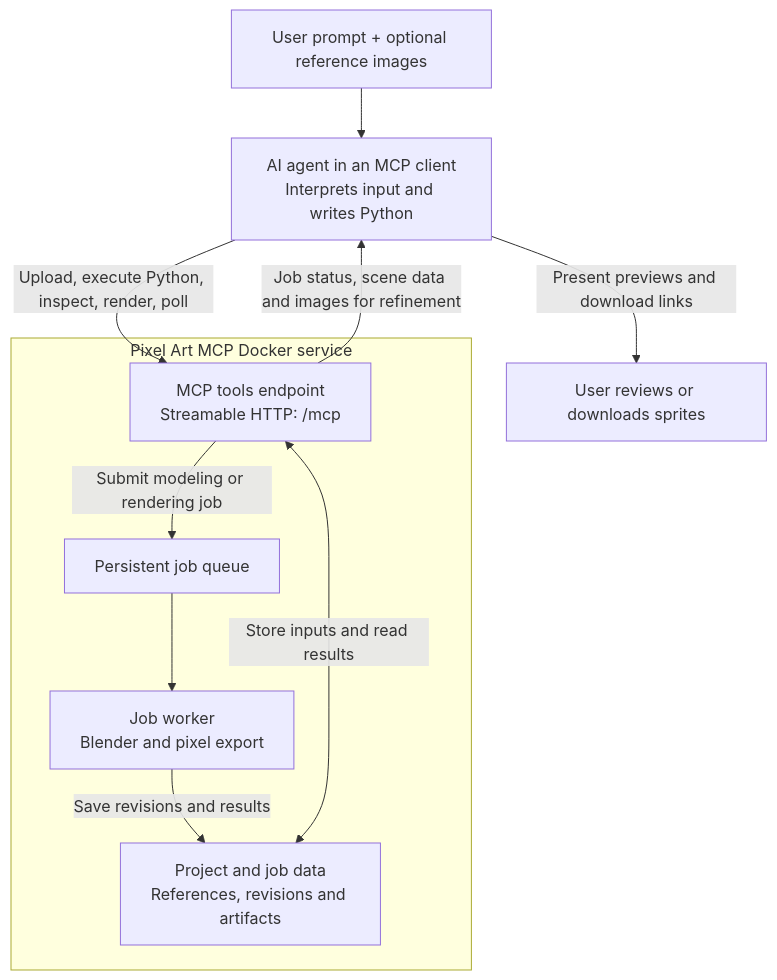
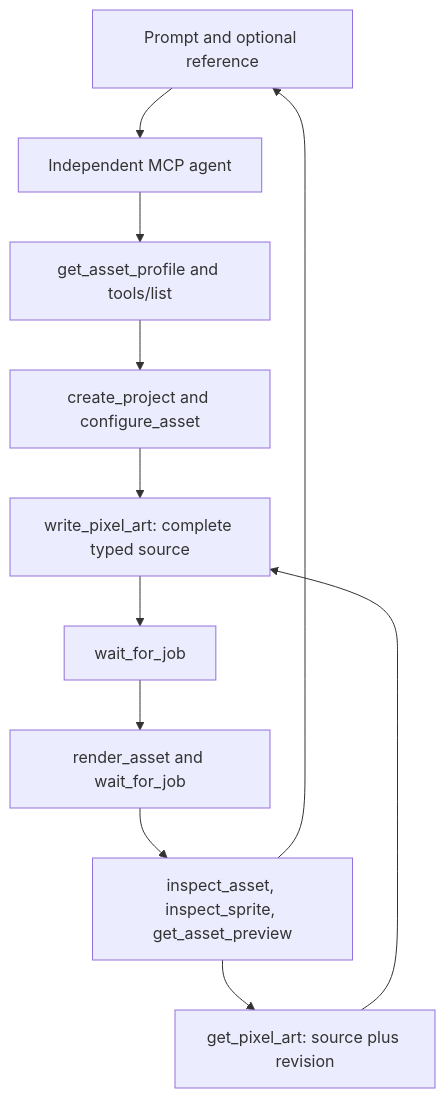
The first of 2 diagrams in docs/overview.md (NNTin/pixel-art-mcp), drawn with Mermaid before and after one commit. The commit also changed other lines of this file and 30 other files, not shown here.

Commit message:
Require typed pixel authoring through self-contained MCP tools

````diff
--- a/docs/overview.md
+++ b/docs/overview.md
@@ -41,19 +23,13 @@
 ```mermaid
 flowchart TD
-    Input["User prompt + optional reference images"] --> Agent["AI agent in an MCP client<br/>Interprets input and writes Python"]
-
-    subgraph Docker["Pixel Art MCP Docker service"]
-        MCP["MCP tools endpoint<br/>Streamable HTTP: /mcp"]
-        Queue["Persistent job queue"]
-        Worker["Job worker<br/>Blender and pixel export"]
-        Data["Project and job data<br/>References, revisions and artifacts"]
-        MCP -->|"Submit modeling or rendering job"| Queue
-        Queue --> Worker
-        Worker -->|"Save revisions and results"| Data
-        MCP <-->|"Store inputs and read results"| Data
-    end
-
-    Agent -->|"Upload, execute Python, inspect, render, poll"| MCP
-    MCP -->|"Job status, scene data and images for refinement"| Agent
-    Agent -->|"Present previews and download links"| User["User reviews or downloads sprites"]
+    User["Prompt and optional reference"] --> Agent["Independent MCP agent"]
+    Agent --> Discover["get_asset_profile and tools/list"]
+    Discover --> Configure["create_project and configure_asset"]
+    Configure --> Write["write_pixel_art: complete typed source"]
+    Write --> Wait["wait_for_job"]
+    Wait --> Render["render_asset and wait_for_job"]
+    Render --> Inspect["inspect_asset, inspect_sprite, get_asset_preview"]
+    Inspect --> Edit["get_pixel_art: source plus revision"]
+    Edit --> Write
+    Inspect --> User
 ```
````
